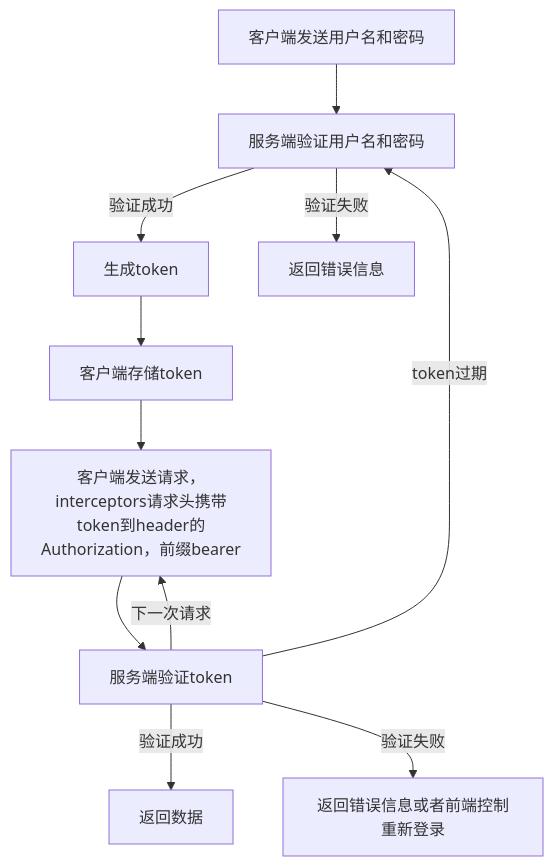
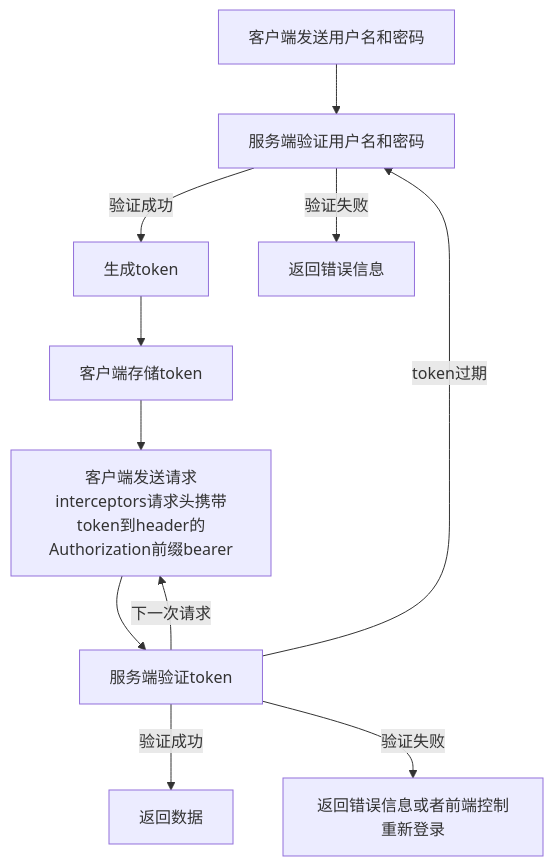
The diagram in 06_HTTP/[⭐⭐⭐⭐⭐]-HTTP02_使用HTTP.md (liquidGo/Basic_Konwledge_Extension), drawn with Mermaid before and after one commit. The commit also changed 60 other files, not shown here.

````diff
--- a/06_HTTP/[⭐⭐⭐⭐⭐]-HTTP02_使用HTTP.md
+++ b/06_HTTP/[⭐⭐⭐⭐⭐]-HTTP02_使用HTTP.md
@@ -70,17 +70,17 @@
   ```mermaid
-    flowchart TB
+  flowchart TB
     1[客户端发送用户名和密码]
     2[服务端验证用户名和密码]
       21[生成token]
       22[返回错误信息]
     3[客户端存储token]
-    4[客户端发送请求，interceptors请求头携带token到header的Authorization，前缀bearer]
+    4[客户端发送请求interceptors请求头携带token到header的Authorization前缀bearer]
     5[服务端验证token]
       51[返回数据]
       52[返回错误信息或者前端控制重新登录]
     1-->2--验证成功-->21-->3-->4-->5--验证成功-->51
     2--验证失败-->22
     5--验证失败-->52
     5--下一次请求-->4
     5--token过期-->2
   ```
````
